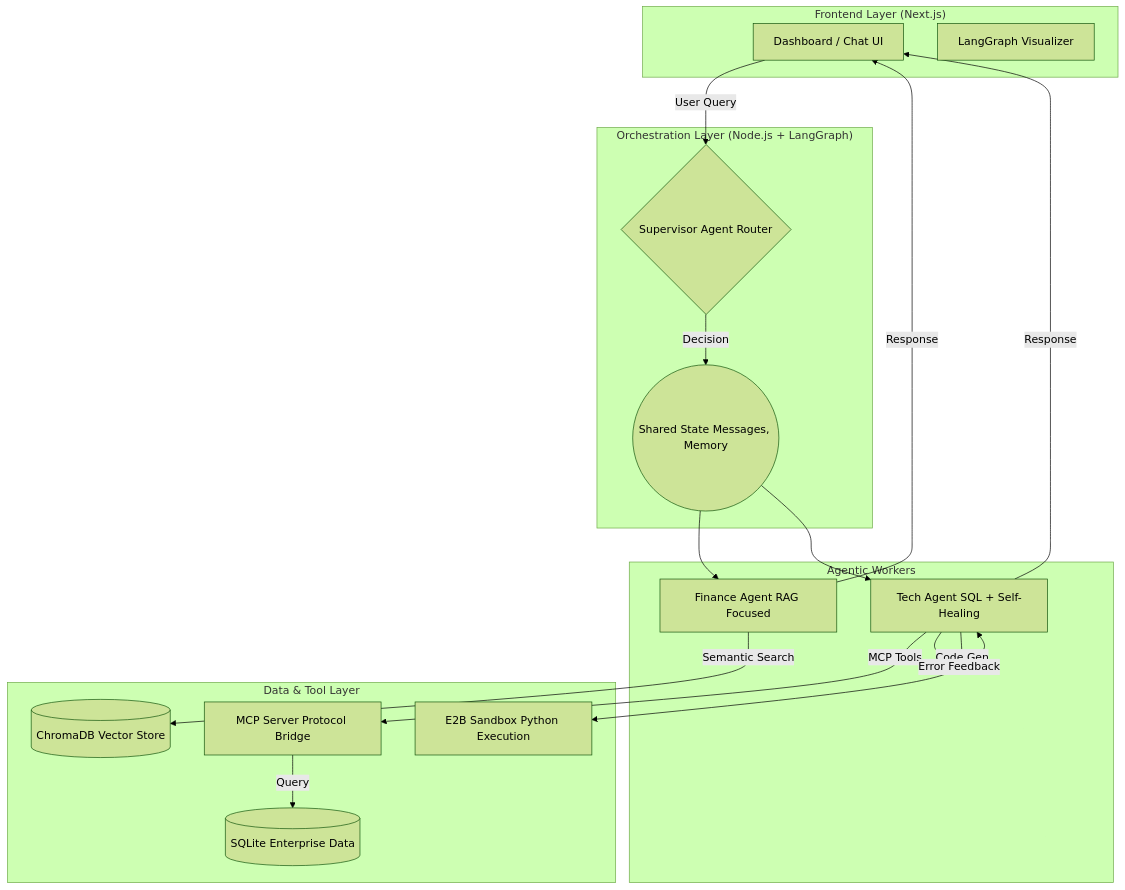
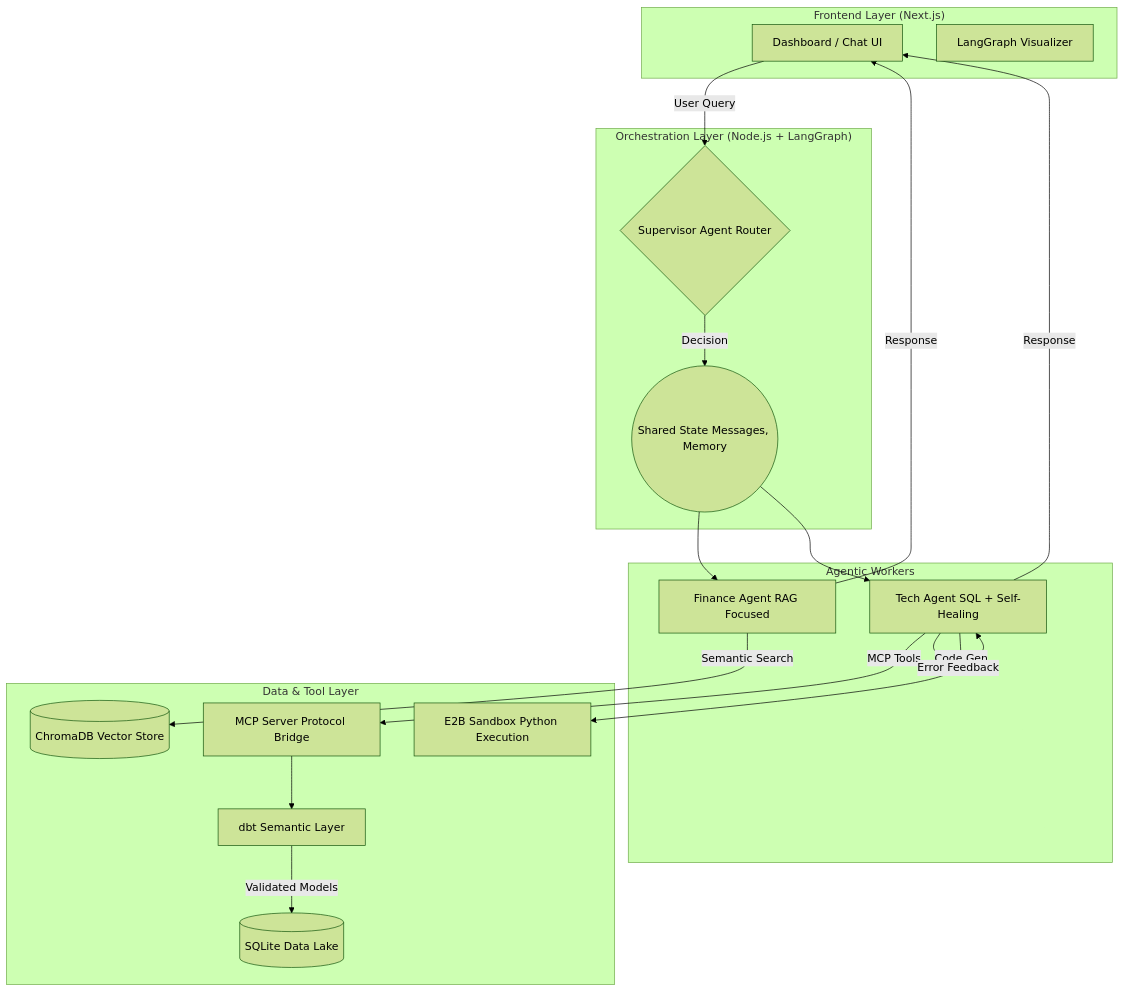
One commit to batdorj-s/llm_agent_dbt changed the first of 2 diagrams in llm_agent_mcp-main/README.md. Above: the diagram before and after it, drawn with Mermaid (forest theme). The commit also changed other lines of this file, not shown here.

Commit message:
docs: update architecture diagram and description with dbt multi-hop layers

````diff
--- a/llm_agent_mcp-main/README.md
+++ b/llm_agent_mcp-main/README.md
@@ -11,38 +13,40 @@
 ```mermaid
 graph TD
     subgraph "Frontend Layer (Next.js)"
         UI[Dashboard / Chat UI]
         GraphVis[LangGraph Visualizer]
     end
 
     subgraph "Orchestration Layer (Node.js + LangGraph)"
         Supervisor{Supervisor Agent Router}
         State((Shared State Messages, Memory))
     end
 
     subgraph "Agentic Workers"
         Finance[Finance Agent RAG Focused]
         Tech[Tech Agent SQL + Self-Healing]
     end
 
     subgraph "Data & Tool Layer"
         MCP[MCP Server Protocol Bridge]
-        SQL[(SQLite Enterprise Data)]
+        dbt[dbt Semantic Layer]
+        SQL[(SQLite Data Lake)]
         Vector[(ChromaDB Vector Store)]
         E2B[E2B Sandbox Python Execution]
     end
 
     UI -->|User Query| Supervisor
     Supervisor -->|Decision| State
     State --> Finance
     State --> Tech
 
     Finance -->|Semantic Search| Vector
     Tech -->|MCP Tools| MCP
-    MCP -->|Query| SQL
+    MCP --> dbt
+    dbt -->|Validated Models| SQL
     Tech -->|Code Gen| E2B
 
     Tech -->|Error Feedback| Tech
     Finance -->|Response| UI
     Tech -->|Response| UI
 ```
````
